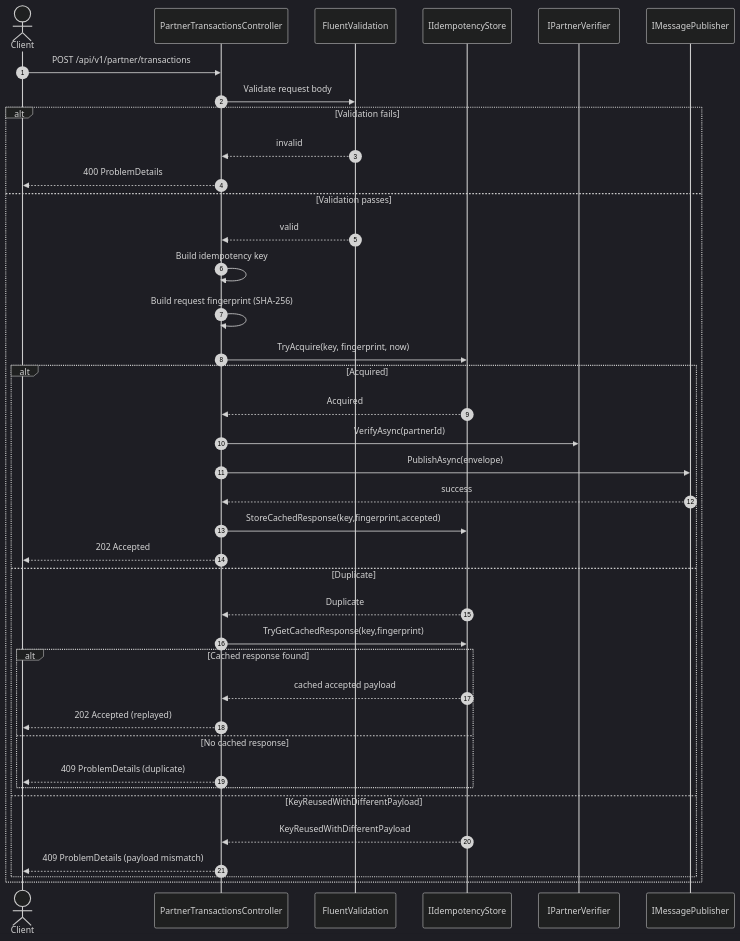
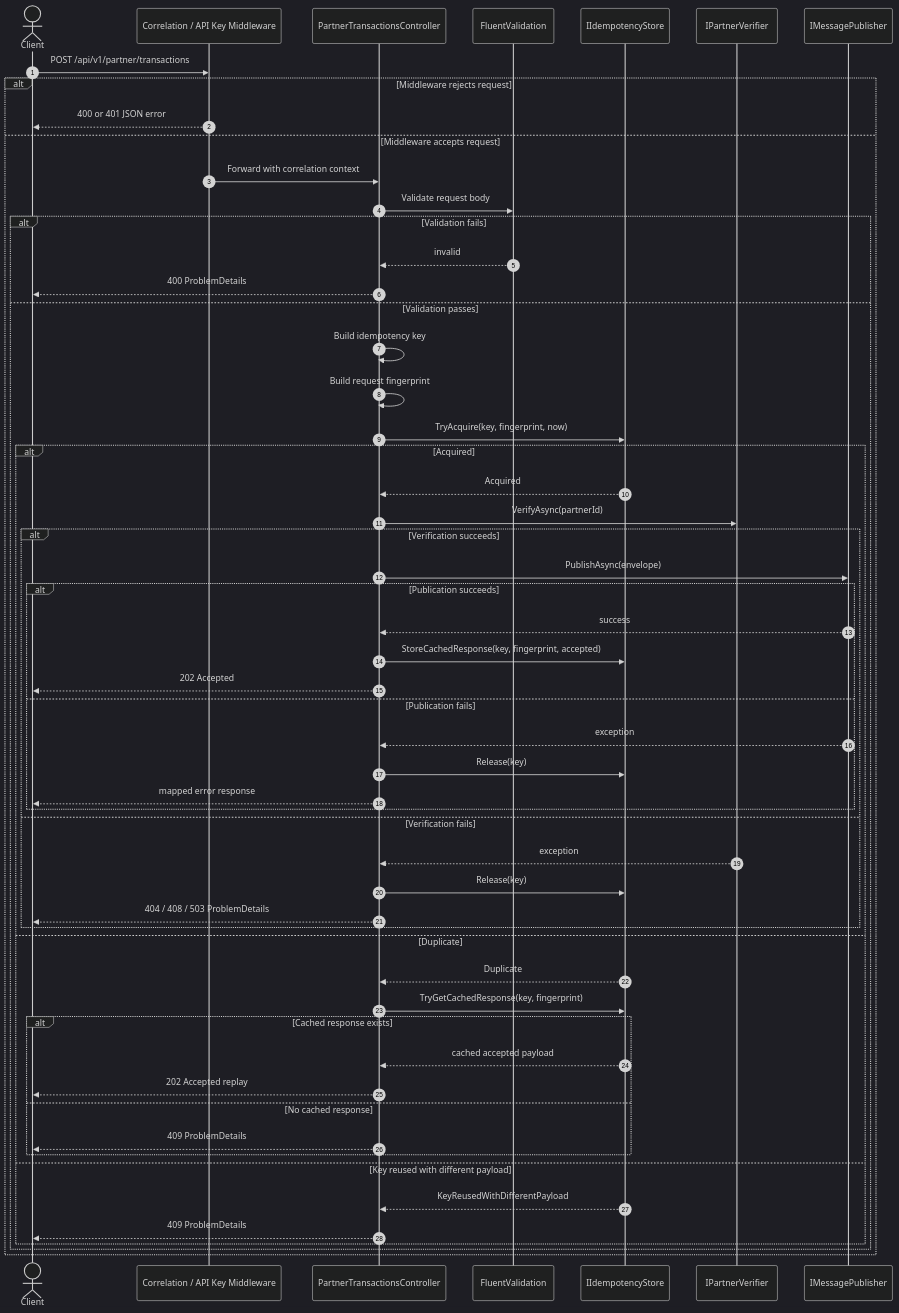
The diagram in docs/architecture_design/api_idempotency_flow_and_semantics.md (haudtech/transaction-validation), drawn with Mermaid (dark theme) before and after one commit. The commit also changed other lines of this file and 88 other files, not shown here.

````diff
--- a/docs/architecture_design/api_idempotency_flow_and_semantics.md
+++ b/docs/architecture_design/api_idempotency_flow_and_semantics.md
@@ -34,44 +66,60 @@
 ```mermaid
 sequenceDiagram
     autonumber
     actor Client
+    participant Middleware as Correlation / API Key Middleware
     participant API as PartnerTransactionsController
     participant Validator as FluentValidation
     participant Store as IIdempotencyStore
     participant Verifier as IPartnerVerifier
     participant Publisher as IMessagePublisher
 
-    Client->>API: POST /api/v1/partner/transactions
-    API->>Validator: Validate request body
+    Client->>Middleware: POST /api/v1/partner/transactions
+    alt Middleware rejects request
+        Middleware-->>Client: 400 or 401 JSON error
+    else Middleware accepts request
+        Middleware->>API: Forward with correlation context
+        API->>Validator: Validate request body
+        alt Validation fails
+            Validator-->>API: invalid
+            API-->>Client: 400 ProblemDetails
+        else Validation passes
+            API->>API: Build idempotency key
+            API->>API: Build request fingerprint
+            API->>Store: TryAcquire(key, fingerprint, now)
 
-    alt Validation fails
-        Validator-->>API: invalid
-        API-->>Client: 400 ProblemDetails
-    else Validation passes
-        Validator-->>API: valid
-        API->>API: Build idempotency key
-        API->>API: Build request fingerprint (SHA-256)
-        API->>Store: TryAcquire(key, fingerprint, now)
-
-        alt Acquired
-            Store-->>API: Acquired
-            API->>Verifier: VerifyAsync(partnerId)
-            API->>Publisher: PublishAsync(envelope)
-            Publisher-->>API: success
-            API->>Store: StoreCachedResponse(key,fingerprint,accepted)
-            API-->>Client: 202 Accepted
-        else Duplicate
-            Store-->>API: Duplicate
-            API->>Store: TryGetCachedResponse(key,fingerprint)
-            alt Cached response found
-                Store-->>API: cached accepted payload
-                API-->>Client: 202 Accepted (replayed)
-            else No cached response
-                API-->>Client: 409 ProblemDetails (duplicate)
+            alt Acquired
+                Store-->>API: Acquired
+                API->>Verifier: VerifyAsync(partnerId)
+                alt Verification succeeds
+                    API->>Publisher: PublishAsync(envelope)
+                    alt Publication succeeds
+                        Publisher-->>API: success
+                        API->>Store: StoreCachedResponse(key, fingerprint, accepted)
+                        API-->>Client: 202 Accepted
+                    else Publication fails
+                        Publisher-->>API: exception
+                        API->>Store: Release(key)
+                        API-->>Client: mapped error response
+                    end
+                else Verification fails
+                    Verifier-->>API: exception
+                    API->>Store: Release(key)
+                    API-->>Client: 404 / 408 / 503 ProblemDetails
+                end
+            else Duplicate
+                Store-->>API: Duplicate
+                API->>Store: TryGetCachedResponse(key, fingerprint)
+                alt Cached response exists
+                    Store-->>API: cached accepted payload
+                    API-->>Client: 202 Accepted replay
+                else No cached response
+                    API-->>Client: 409 ProblemDetails
+                end
+            else Key reused with different payload
+                Store-->>API: KeyReusedWithDifferentPayload
+                API-->>Client: 409 ProblemDetails
             end
-        else KeyReusedWithDifferentPayload
-            Store-->>API: KeyReusedWithDifferentPayload
-            API-->>Client: 409 ProblemDetails (payload mismatch)
         end
     end
 ```
````
